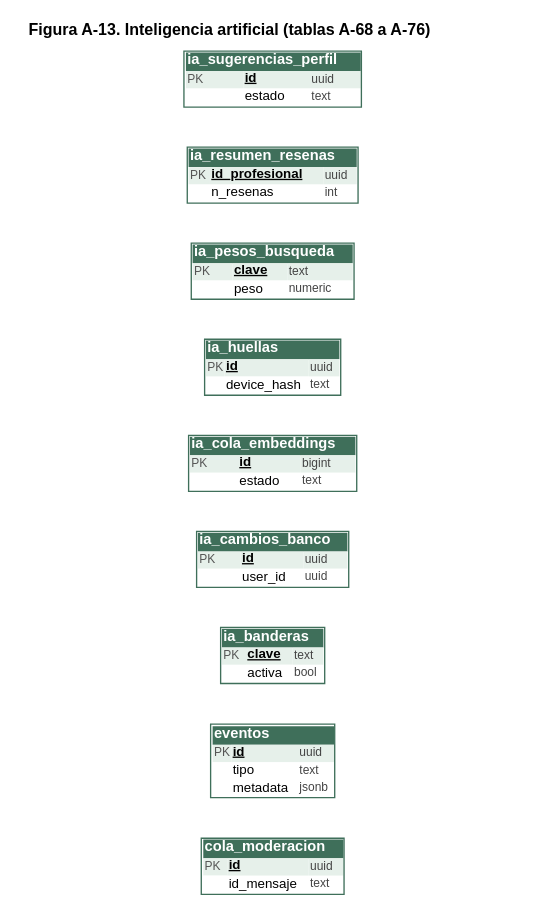
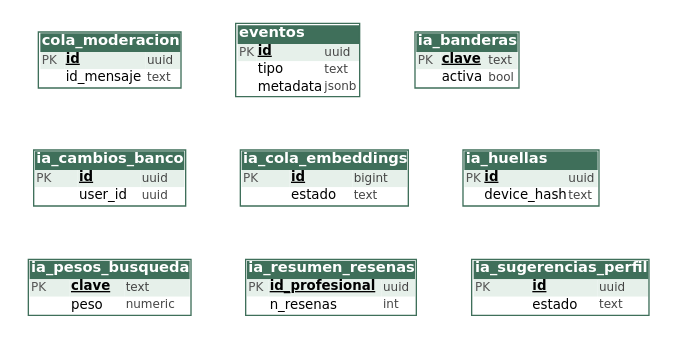
One commit to nicoussj/Proyecto-Titulo-MyWorksApp changed the diagram in MyWorksAppProyect/docs/modelo_er60/figuras/er80_13_inteligencia_artificial.dot. Above: the diagram before and after it, drawn with Graphviz. The commit also changed 15 other files, not shown here.

```diff
--- a/MyWorksAppProyect/docs/modelo_er60/figuras/er80_13_inteligencia_artificial.dot
+++ b/MyWorksAppProyect/docs/modelo_er60/figuras/er80_13_inteligencia_artificial.dot
@@ -1,14 +1,25 @@
 digraph x {
-graph [fontname="Helvetica", bgcolor="white", pad="0.08", nodesep="0.3", ranksep="0.45", splines="spline", rankdir="LR", labelloc="t", labeljust="l", label=<<font point-size="12"><b>Figura A-13. Inteligencia artificial (tablas A-68 a A-76)</b></font>>];
-node [shape=plaintext, fontname="Helvetica"];
-edge [fontname="Helvetica", color="#3F6F5A", penwidth="1.2", arrowsize="0.8", dir="both"];
+graph [fontname="DejaVu Sans", bgcolor="white", pad="0.08", nodesep="0.35", ranksep="0.45", splines="spline", rankdir="TB", labelloc="t", labeljust="l"];
+node [shape=plaintext, fontname="DejaVu Sans"];
+edge [fontname="DejaVu Sans", color="#3F6F5A", penwidth="1.3", arrowsize="0.8", dir="both"];
 "cola_moderacion" [label=<<table border="1" cellborder="0" cellspacing="0" cellpadding="1" color="#3F6F5A"><tr><td colspan="3" bgcolor="#3F6F5A" align="left"><font color="white" point-size="11"><b>cola_moderacion</b></font></td></tr><tr><td align="left" bgcolor="#E6F0EA"><font point-size="9" color="#555555">PK</font></td><td align="left" bgcolor="#E6F0EA"><font point-size="10"><b><u>id</u></b></font></td><td align="left" bgcolor="#E6F0EA"><font point-size="9" color="#444444">uuid</font></td></tr><tr><td align="left" bgcolor="white"><font point-size="9" color="#555555"> </font></td><td align="left" bgcolor="white"><font point-size="10">id_mensaje</font></td><td align="left" bgcolor="white"><font point-size="9" color="#444444">text</font></td></tr></table>>];
 "eventos" [label=<<table border="1" cellborder="0" cellspacing="0" cellpadding="1" color="#3F6F5A"><tr><td colspan="3" bgcolor="#3F6F5A" align="left"><font color="white" point-size="11"><b>eventos</b></font></td></tr><tr><td align="left" bgcolor="#E6F0EA"><font point-size="9" color="#555555">PK</font></td><td align="left" bgcolor="#E6F0EA"><font point-size="10"><b><u>id</u></b></font></td><td align="left" bgcolor="#E6F0EA"><font point-size="9" color="#444444">uuid</font></td></tr><tr><td align="left" bgcolor="white"><font point-size="9" color="#555555"> </font></td><td align="left" bgcolor="white"><font point-size="10">tipo</font></td><td align="left" bgcolor="white"><font point-size="9" color="#444444">text</font></td></tr><tr><td align="left" bgcolor="white"><font point-size="9" color="#555555"> </font></td><td align="left" bgcolor="white"><font point-size="10">metadata</font></td><td align="left" bgcolor="white"><font point-size="9" color="#444444">jsonb</font></td></tr></table>>];
 "ia_banderas" [label=<<table border="1" cellborder="0" cellspacing="0" cellpadding="1" color="#3F6F5A"><tr><td colspan="3" bgcolor="#3F6F5A" align="left"><font color="white" point-size="11"><b>ia_banderas</b></font></td></tr><tr><td align="left" bgcolor="#E6F0EA"><font point-size="9" color="#555555">PK</font></td><td align="left" bgcolor="#E6F0EA"><font point-size="10"><b><u>clave</u></b></font></td><td align="left" bgcolor="#E6F0EA"><font point-size="9" color="#444444">text</font></td></tr><tr><td align="left" bgcolor="white"><font point-size="9" color="#555555"> </font></td><td align="left" bgcolor="white"><font point-size="10">activa</font></td><td align="left" bgcolor="white"><font point-size="9" color="#444444">bool</font></td></tr></table>>];
 "ia_cambios_banco" [label=<<table border="1" cellborder="0" cellspacing="0" cellpadding="1" color="#3F6F5A"><tr><td colspan="3" bgcolor="#3F6F5A" align="left"><font color="white" point-size="11"><b>ia_cambios_banco</b></font></td></tr><tr><td align="left" bgcolor="#E6F0EA"><font point-size="9" color="#555555">PK</font></td><td align="left" bgcolor="#E6F0EA"><font point-size="10"><b><u>id</u></b></font></td><td align="left" bgcolor="#E6F0EA"><font point-size="9" color="#444444">uuid</font></td></tr><tr><td align="left" bgcolor="white"><font point-size="9" color="#555555"> </font></td><td align="left" bgcolor="white"><font point-size="10">user_id</font></td><td align="left" bgcolor="white"><font point-size="9" color="#444444">uuid</font></td></tr></table>>];
 "ia_cola_embeddings" [label=<<table border="1" cellborder="0" cellspacing="0" cellpadding="1" color="#3F6F5A"><tr><td colspan="3" bgcolor="#3F6F5A" align="left"><font color="white" point-size="11"><b>ia_cola_embeddings</b></font></td></tr><tr><td align="left" bgcolor="#E6F0EA"><font point-size="9" color="#555555">PK</font></td><td align="left" bgcolor="#E6F0EA"><font point-size="10"><b><u>id</u></b></font></td><td align="left" bgcolor="#E6F0EA"><font point-size="9" color="#444444">bigint</font></td></tr><tr><td align="left" bgcolor="white"><font point-size="9" color="#555555"> </font></td><td align="left" bgcolor="white"><font point-size="10">estado</font></td><td align="left" bgcolor="white"><font point-size="9" color="#444444">text</font></td></tr></table>>];
 "ia_huellas" [label=<<table border="1" cellborder="0" cellspacing="0" cellpadding="1" color="#3F6F5A"><tr><td colspan="3" bgcolor="#3F6F5A" align="left"><font color="white" point-size="11"><b>ia_huellas</b></font></td></tr><tr><td align="left" bgcolor="#E6F0EA"><font point-size="9" color="#555555">PK</font></td><td align="left" bgcolor="#E6F0EA"><font point-size="10"><b><u>id</u></b></font></td><td align="left" bgcolor="#E6F0EA"><font point-size="9" color="#444444">uuid</font></td></tr><tr><td align="left" bgcolor="white"><font point-size="9" color="#555555"> </font></td><td align="left" bgcolor="white"><font point-size="10">device_hash</font></td><td align="left" bgcolor="white"><font point-size="9" color="#444444">text</font></td></tr></table>>];
 "ia_pesos_busqueda" [label=<<table border="1" cellborder="0" cellspacing="0" cellpadding="1" color="#3F6F5A"><tr><td colspan="3" bgcolor="#3F6F5A" align="left"><font color="white" point-size="11"><b>ia_pesos_busqueda</b></font></td></tr><tr><td align="left" bgcolor="#E6F0EA"><font point-size="9" color="#555555">PK</font></td><td align="left" bgcolor="#E6F0EA"><font point-size="10"><b><u>clave</u></b></font></td><td align="left" bgcolor="#E6F0EA"><font point-size="9" color="#444444">text</font></td></tr><tr><td align="left" bgcolor="white"><font point-size="9" color="#555555"> </font></td><td align="left" bgcolor="white"><font point-size="10">peso</font></td><td align="left" bgcolor="white"><font point-size="9" color="#444444">numeric</font></td></tr></table>>];
 "ia_resumen_resenas" [label=<<table border="1" cellborder="0" cellspacing="0" cellpadding="1" color="#3F6F5A"><tr><td colspan="3" bgcolor="#3F6F5A" align="left"><font color="white" point-size="11"><b>ia_resumen_resenas</b></font></td></tr><tr><td align="left" bgcolor="#E6F0EA"><font point-size="9" color="#555555">PK</font></td><td align="left" bgcolor="#E6F0EA"><font point-size="10"><b><u>id_profesional</u></b></font></td><td align="left" bgcolor="#E6F0EA"><font point-size="9" color="#444444">uuid</font></td></tr><tr><td align="left" bgcolor="white"><font point-size="9" color="#555555"> </font></td><td align="left" bgcolor="white"><font point-size="10">n_resenas</font></td><td align="left" bgcolor="white"><font point-size="9" color="#444444">int</font></td></tr></table>>];
 "ia_sugerencias_perfil" [label=<<table border="1" cellborder="0" cellspacing="0" cellpadding="1" color="#3F6F5A"><tr><td colspan="3" bgcolor="#3F6F5A" align="left"><font color="white" point-size="11"><b>ia_sugerencias_perfil</b></font></td></tr><tr><td align="left" bgcolor="#E6F0EA"><font point-size="9" color="#555555">PK</font></td><td align="left" bgcolor="#E6F0EA"><font point-size="10"><b><u>id</u></b></font></td><td align="left" bgcolor="#E6F0EA"><font point-size="9" color="#444444">uuid</font></td></tr><tr><td align="left" bgcolor="white"><font point-size="9" color="#555555"> </font></td><td align="left" bgcolor="white"><font point-size="10">estado</font></td><td align="left" bgcolor="white"><font point-size="9" color="#444444">text</font></td></tr></table>>];
+{ rank=same; "cola_moderacion" "eventos" "ia_banderas" }
+"cola_moderacion" -> "eventos" [style="invis", dir="none"];
+"eventos" -> "ia_banderas" [style="invis", dir="none"];
+{ rank=same; "ia_cambios_banco" "ia_cola_embeddings" "ia_huellas" }
+"ia_cambios_banco" -> "ia_cola_embeddings" [style="invis", dir="none"];
+"ia_cola_embeddings" -> "ia_huellas" [style="invis", dir="none"];
+{ rank=same; "ia_pesos_busqueda" "ia_resumen_resenas" "ia_sugerencias_perfil" }
+"ia_pesos_busqueda" -> "ia_resumen_resenas" [style="invis", dir="none"];
+"ia_resumen_resenas" -> "ia_sugerencias_perfil" [style="invis", dir="none"];
+"cola_moderacion" -> "ia_cambios_banco" [style="invis", dir="none", weight="10"];
+"ia_cambios_banco" -> "ia_pesos_busqueda" [style="invis", dir="none", weight="10"];
 }
```
